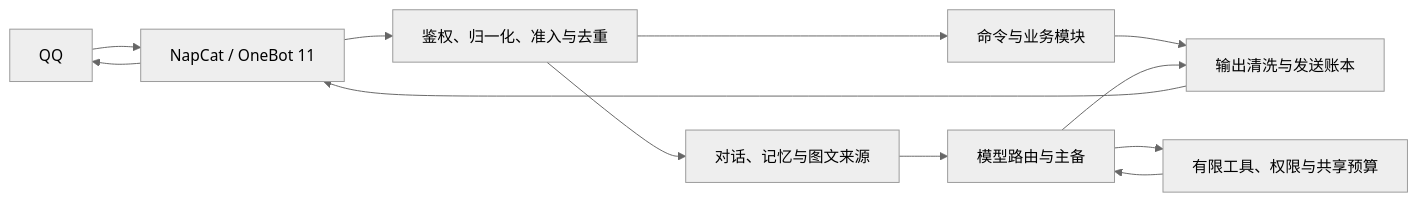
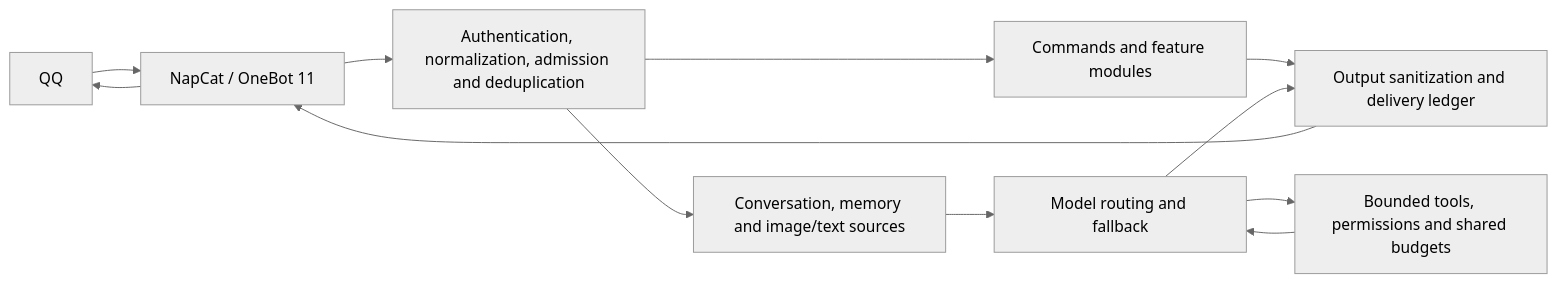
The diagram in README.md (awaa4962-coder/qqbot-core), drawn with Mermaid (neutral theme) before and after one commit. The commit also changed other lines of this file, not shown here.

````diff
--- a/README.md
+++ b/README.md
@@ -149,14 +149,14 @@
 ```mermaid
 flowchart LR
     QQ["QQ"] --> NC["NapCat / OneBot 11"]
-    NC --> IN["鉴权、归一化、准入与去重"]
-    IN --> CMD["命令与业务模块"]
-    IN --> CTX["对话、记忆与图文来源"]
-    CTX --> LLM["模型路由与主备"]
-    LLM --> TOOLS["有限工具、权限与共享预算"]
+    NC --> IN["Authentication, normalization, admission and deduplication"]
+    IN --> CMD["Commands and feature modules"]
+    IN --> CTX["Conversation, memory and image/text sources"]
+    CTX --> LLM["Model routing and fallback"]
+    LLM --> TOOLS["Bounded tools, permissions and shared budgets"]
     TOOLS --> LLM
-    CMD --> OUT["输出清洗与发送账本"]
+    CMD --> OUT["Output sanitization and delivery ledger"]
     LLM --> OUT
     OUT --> NC
     NC --> QQ
 ```
````
